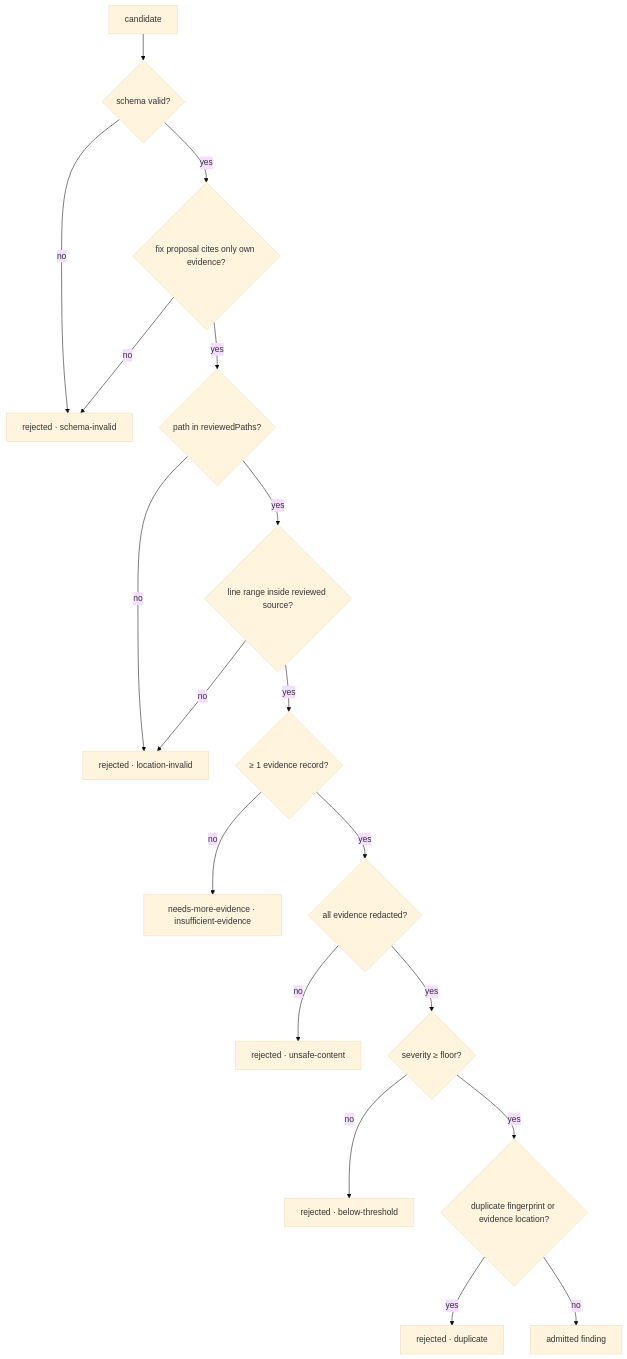
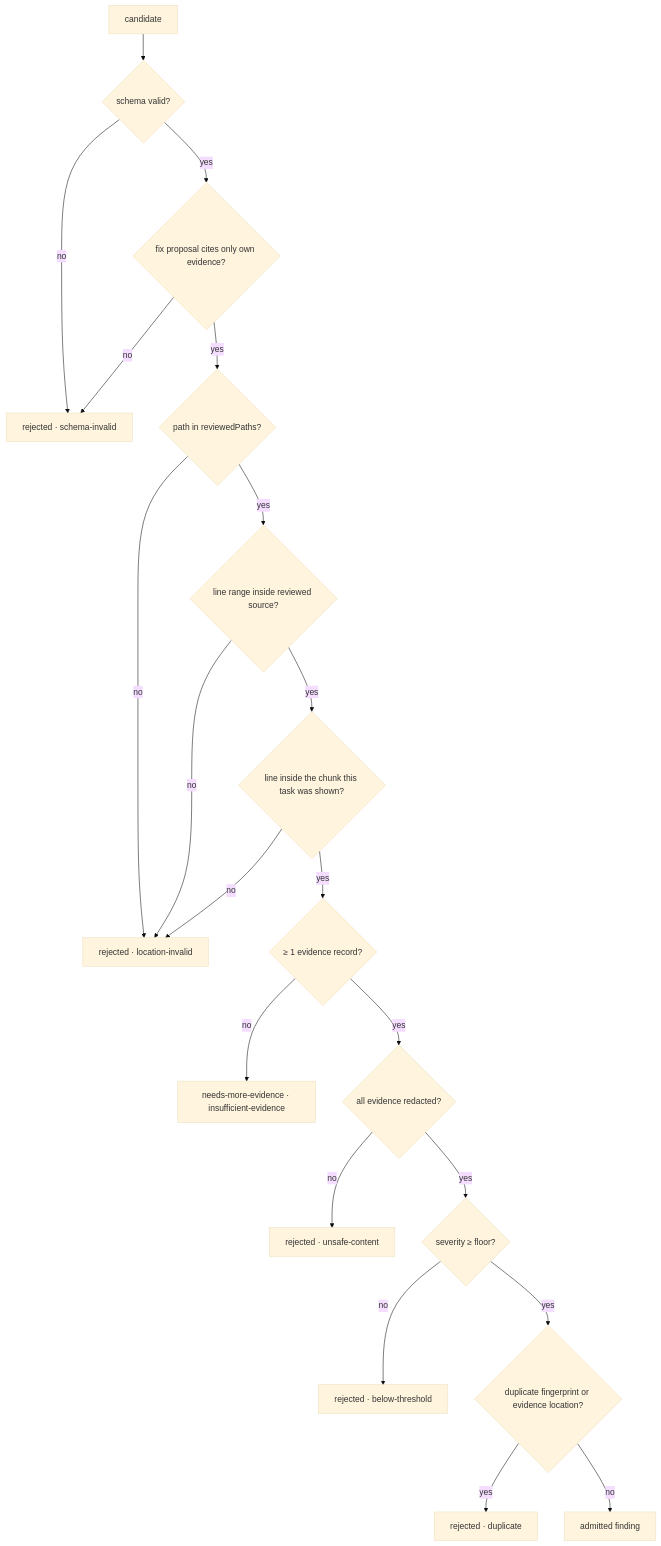
The diagram in docs/03-concepts/pipeline/06-admission-and-severity-floor.md (sebastianwessel/codereviewer), drawn with Mermaid (base theme) before and after one commit. The commit also changed other lines of this file and 42 other files, not shown here.

````diff
--- a/docs/03-concepts/pipeline/06-admission-and-severity-floor.md
+++ b/docs/03-concepts/pipeline/06-admission-and-severity-floor.md
@@ -24,20 +24,22 @@
 ```mermaid
 flowchart TD
   A["candidate"] --> B{"schema valid?"}
   B -- no --> R1["rejected · schema-invalid"]
   B -- yes --> C{"fix proposal cites only own evidence?"}
   C -- no --> R1
   C -- yes --> D{"path in reviewedPaths?"}
   D -- no --> R2["rejected · location-invalid"]
   D -- yes --> E{"line range inside reviewed source?"}
   E -- no --> R2
-  E -- yes --> F{"≥ 1 evidence record?"}
+  E -- yes --> E2{"line inside the chunk this task was shown?"}
+  E2 -- no --> R2
+  E2 -- yes --> F{"≥ 1 evidence record?"}
   F -- no --> R3["needs-more-evidence · insufficient-evidence"]
   F -- yes --> G{"all evidence redacted?"}
   G -- no --> R4["rejected · unsafe-content"]
   G -- yes --> H{"severity ≥ floor?"}
   H -- no --> R5["rejected · below-threshold"]
   H -- yes --> I{"duplicate fingerprint or evidence location?"}
   I -- yes --> R6["rejected · duplicate"]
   I -- no --> J["admitted finding"]
 ```
````
